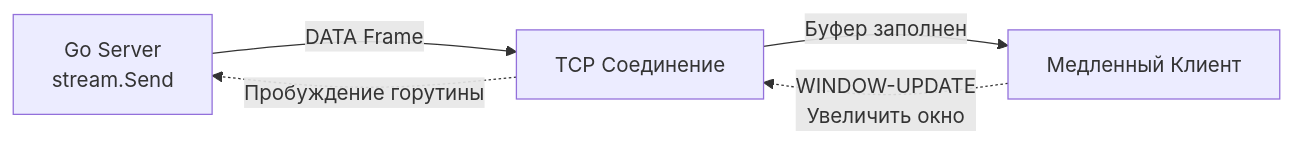
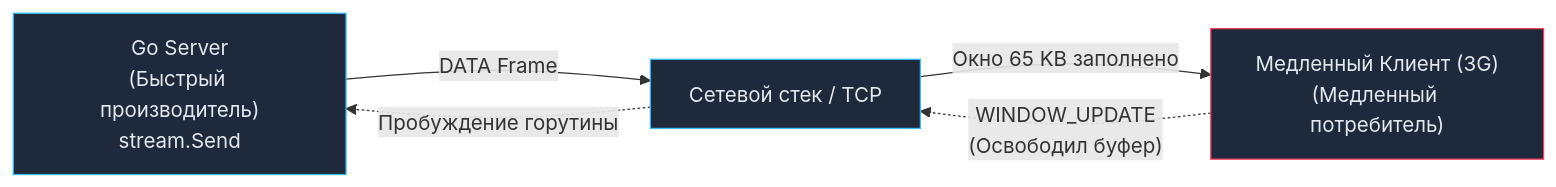
The diagram in sources/10. Проектирование API и Сетевые протоколы/18. gRPC streaming.md (UnrealTemplier/go-textbook), drawn with Mermaid before and after one commit. The commit also changed other lines of this file, not shown here.

````diff
--- a/sources/10. Проектирование API и Сетевые протоколы/18. gRPC streaming.md
+++ b/sources/10. Проектирование API и Сетевые протоколы/18. gRPC streaming.md
@@ -50,8 +53,14 @@
 ```mermaid
 flowchart LR
-    Server["Go Server<br>stream.Send"] -->|"DATA Frame"| Network["TCP Соединение"]
-    Network -->|"Буфер заполнен"| Client["Медленный Клиент"]
+    Server["Go Server<br>(Быстрый производитель)<br>stream.Send"] -->|"DATA Frame"| Network["Сетевой стек / TCP"]
+    Network -->|"Окно 65 KB заполнено"| Client["Медленный Клиент (3G)<br>(Медленный потребитель)"]
     
-    Client -.->|"WINDOW-UPDATE<br>Увеличить окно"| Network
+    Client -.->|"WINDOW_UPDATE<br>(Освободил буфер)"| Network
     Network -.->|"Пробуждение горутины"| Server
+
+    classDef proc fill:#1e293b,stroke:#38bdf8,stroke-width:1px,color:#e2e8f0;
+    classDef warn fill:#1e293b,stroke:#f43f5e,stroke-width:1px,color:#e2e8f0;
+    classDef fast fill:#1e293b,stroke:#10b981,stroke-width:1px,color:#e2e8f0;
+    class Server,Network proc;
+    class Client warn;
 ```
````
